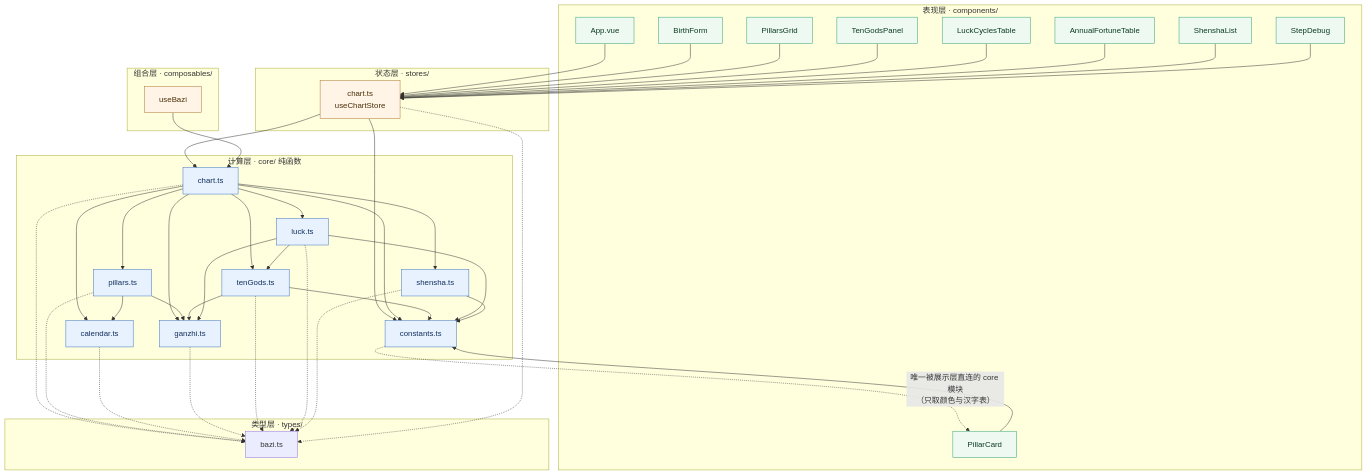
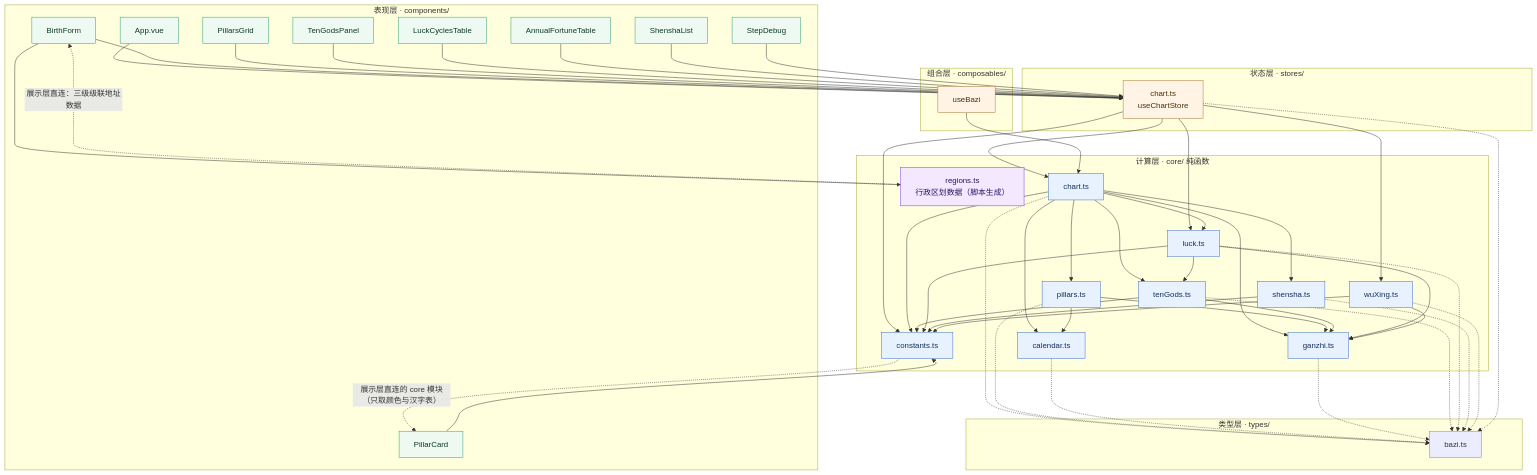
One commit to yunzheyue-star/BaZi changed the first of 9 diagrams in doc/bazi-call-graph.md. Above: the diagram before and after it, drawn with Mermaid. The commit also changed other lines of this file and 18 other files, not shown here.

````diff
--- a/doc/bazi-call-graph.md
+++ b/doc/bazi-call-graph.md
@@ -51,6 +51,8 @@
         K6["tenGods.ts"]
         K7["luck.ts"]
         K8["shensha.ts"]
+        K9["wuXing.ts"]
+        K10["regions.ts<br/>行政区划数据（脚本生成）"]
     end
 
     subgraph L1["类型层 · types/"]
@@ -66,9 +68,12 @@
     C6 --> S1
     C7 --> S1
     C8 --> S1
+    C1 --> K10
 
     S1 --> K1
     S1 --> K5
+    S1 --> K9
+    S1 --> K7
     H1 --> K1
 
     K1 --> K2
@@ -87,6 +92,8 @@
     K7 --> K5
     K7 --> K6
     K8 --> K5
+    K9 --> K5
+    K9 --> K4
 
     K1 -.-> T1
     K2 -.-> T1
@@ -95,14 +102,18 @@
     K6 -.-> T1
     K7 -.-> T1
     K8 -.-> T1
+    K9 -.-> T1
     S1 -.-> T1
 
-    K5 -.->|"唯一被展示层直连的 core 模块<br/>（只取颜色与汉字表）"| C3
+    K5 -.->|"展示层直连的 core 模块（只取颜色与汉字表）"| C3
+    K10 -.->|"展示层直连：三级级联地址数据"| C1
 
     classDef pure fill:#e8f2ff,stroke:#3a6fbf,color:#12305c
+    classDef data fill:#f3e8ff,stroke:#7c3aed,color:#2e1065
     classDef state fill:#fff4e5,stroke:#a9762f,color:#4a2f0b
     classDef view fill:#eefaf1,stroke:#2f9e6f,color:#0d3a22
-    class K1,K2,K3,K4,K5,K6,K7,K8 pure
+    class K1,K2,K3,K4,K5,K6,K7,K8,K9 pure
+    class K10 data
     class S1,H1 state
     class C0,C1,C2,C3,C4,C5,C6,C7,C8 view
 ```
````
